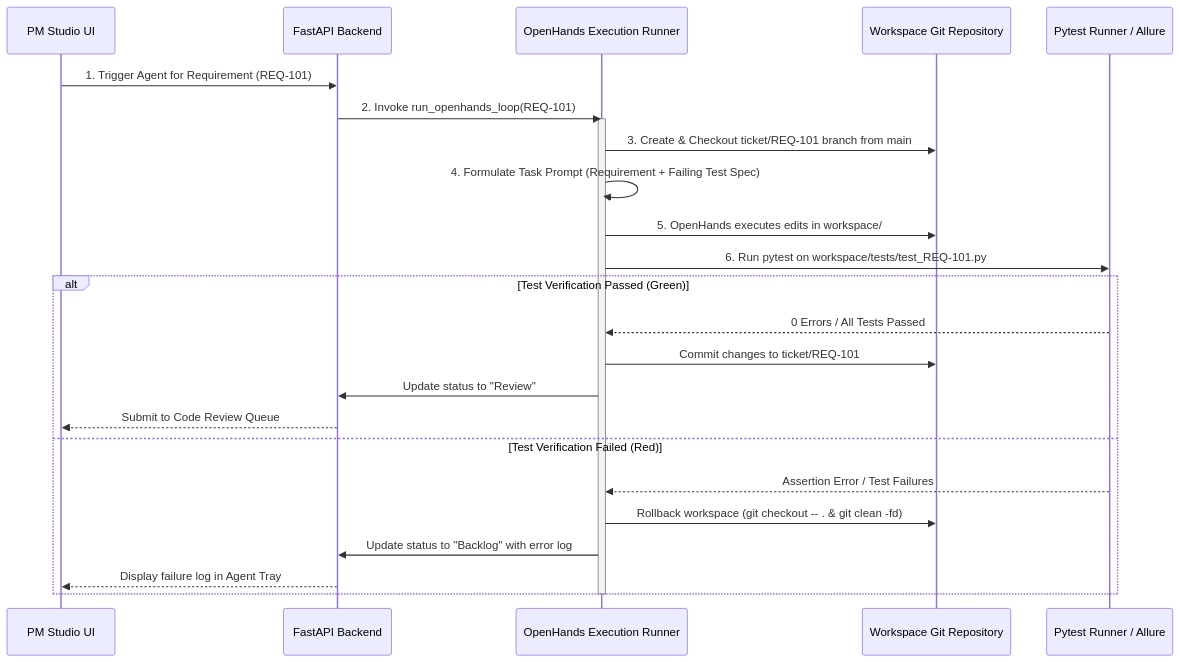
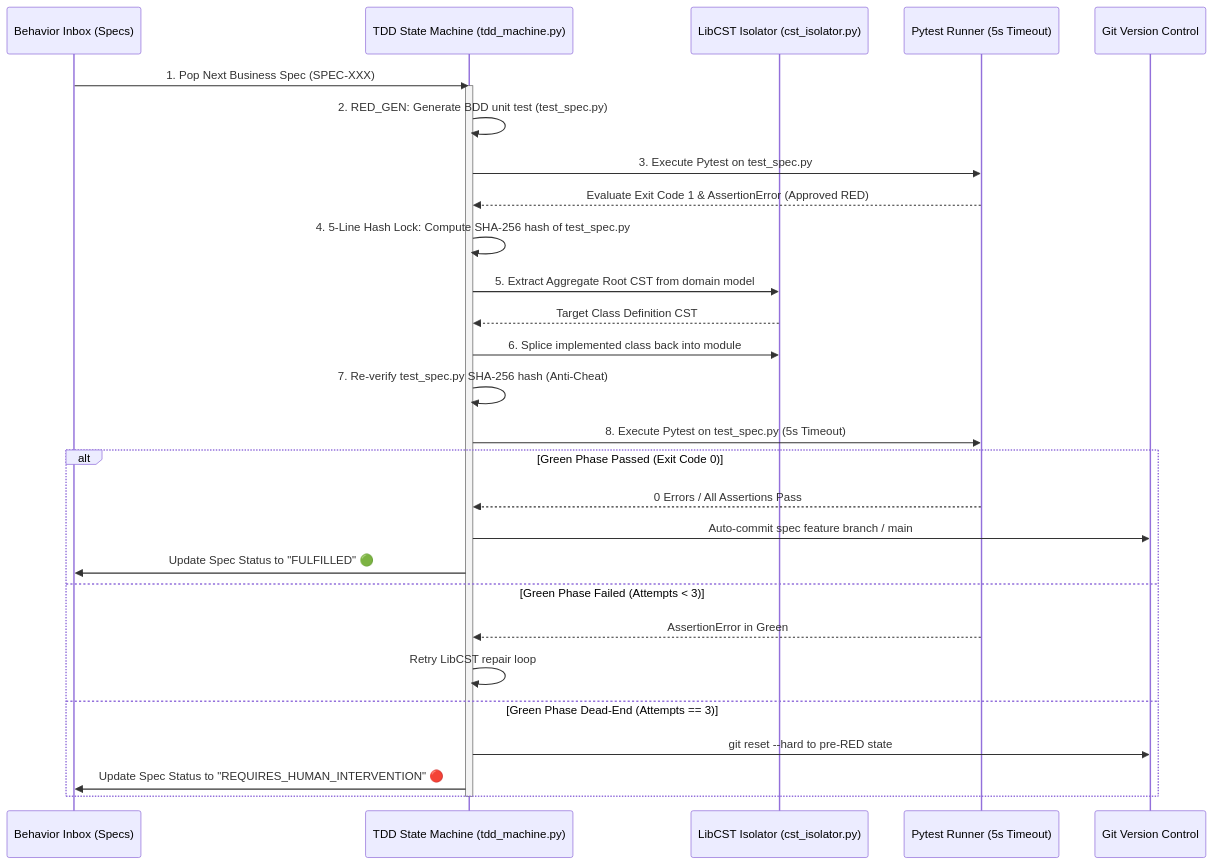
Before and after one commit to AlbinAhlstrom/provable: the diagram in vault/02-Workflows/Agent Execution Loop.md, drawn with Mermaid. The commit also changed other lines of this file and 17 other files, not shown here.

Commit message:
docs: complete massive documentation and architectural synchronization pass across vault and project

````diff
--- a/vault/02-Workflows/Agent Execution Loop.md
+++ b/vault/02-Workflows/Agent Execution Loop.md
@@ -5,29 +5,35 @@
 ```mermaid
 sequenceDiagram
-    participant PM as PM Studio UI
-    participant Backend as FastAPI Backend
-    participant Runner as OpenHands Execution Runner
-    participant Git as Workspace Git Repository
-    participant Pytest as Pytest Runner / Allure
+    participant Inbox as Behavior Inbox (Specs)
+    participant TDD as TDD State Machine (tdd_machine.py)
+    participant LibCST as LibCST Isolator (cst_isolator.py)
+    participant Pytest as Pytest Runner (5s Timeout)
+    participant Git as Git Version Control
 
-    PM->>Backend: 1. Trigger Agent for Requirement (REQ-101)
-    Backend->>Runner: 2. Invoke run_openhands_loop(REQ-101)
-    activate Runner
-    Runner->>Git: 3. Create & Checkout ticket/REQ-101 branch from main
-    Runner->>Runner: 4. Formulate Task Prompt (Requirement + Failing Test Spec)
-    Runner->>Git: 5. OpenHands executes edits in workspace/
-    Runner->>Pytest: 6. Run pytest on workspace/tests/test_REQ-101.py
+    Inbox->>TDD: 1. Pop Next Business Spec (SPEC-XXX)
+    activate TDD
+    TDD->>TDD: 2. RED_GEN: Generate BDD unit test (test_spec.py)
+    TDD->>Pytest: 3. Execute Pytest on test_spec.py
+    Pytest-->>TDD: Evaluate Exit Code 1 & AssertionError (Approved RED)
     
-    alt Test Verification Passed (Green)
-        Pytest-->>Runner: 0 Errors / All Tests Passed
-        Runner->>Git: Commit changes to ticket/REQ-101
-        Runner->>Backend: Update status to "Review"
-        Backend-->>PM: Submit to Code Review Queue
-    else Test Verification Failed (Red)
-        Pytest-->>Runner: Assertion Error / Test Failures
-        Runner->>Git: Rollback workspace (git checkout -- . & git clean -fd)
-        Runner->>Backend: Update status to "Backlog" with error log
-        Backend-->>PM: Display failure log in Agent Tray
+    TDD->>TDD: 4. 5-Line Hash Lock: Compute SHA-256 hash of test_spec.py
+    TDD->>LibCST: 5. Extract Aggregate Root CST from domain model
+    LibCST-->>TDD: Target Class Definition CST
+    TDD->>LibCST: 6. Splice implemented class back into module
+    
+    TDD->>TDD: 7. Re-verify test_spec.py SHA-256 hash (Anti-Cheat)
+    TDD->>Pytest: 8. Execute Pytest on test_spec.py (5s Timeout)
+    
+    alt Green Phase Passed (Exit Code 0)
+        Pytest-->>TDD: 0 Errors / All Assertions Pass
+        TDD->>Git: Auto-commit spec feature branch / main
+        TDD->>Inbox: Update Spec Status to "FULFILLED" 🟢
+    else Green Phase Failed (Attempts < 3)
+        Pytest-->>TDD: AssertionError in Green
+        TDD->>TDD: Retry LibCST repair loop
+    else Green Phase Dead-End (Attempts == 3)
+        TDD->>Git: git reset --hard to pre-RED state
+        TDD->>Inbox: Update Spec Status to "REQUIRES_HUMAN_INTERVENTION" 🔴
     end
-    deactivate Runner
+    deactivate TDD
 ```
````
